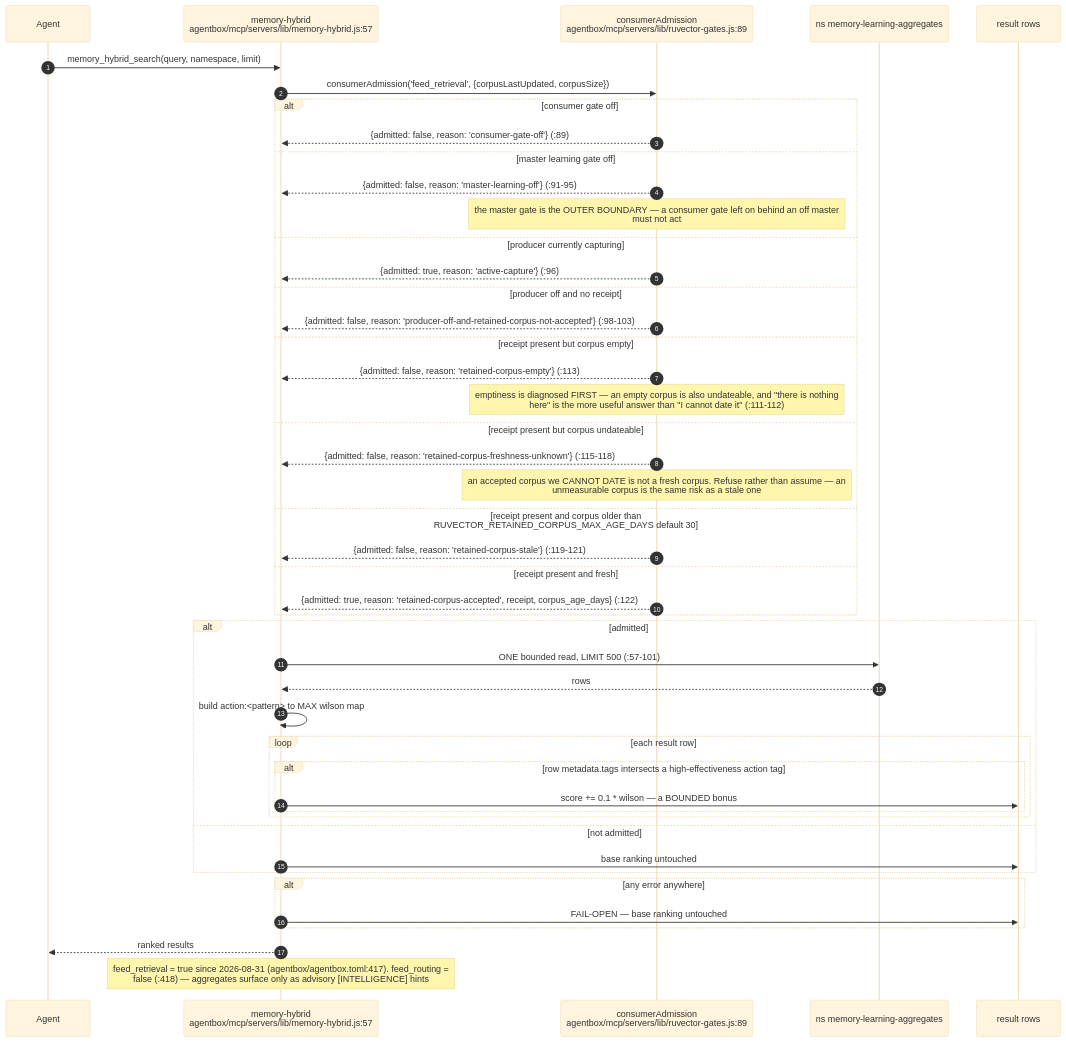
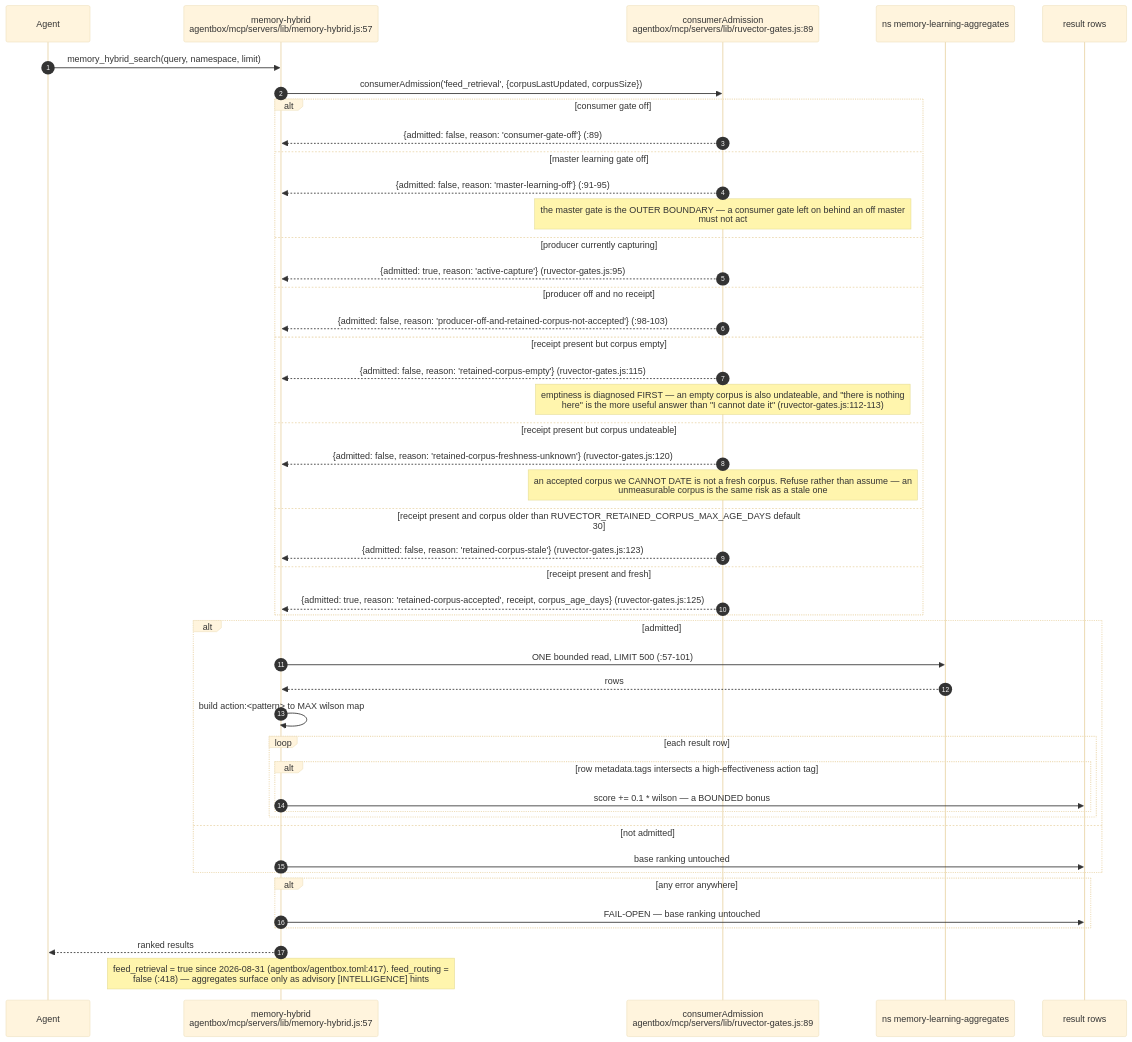
The sixth of 10 diagrams in docs/diagrams/agentbox/21-learning-loop.md (DreamLab-AI/VisionFlow), drawn with Mermaid (base theme) before and after one commit. The commit also changed other lines of this file and 52 other files, not shown here.

First line of the commit message:
docs(diagrams): wave 3 checkpoint — bare line refs resolved, revision-pinned cite-check, VC-05/AB-01..13 re-attested

````diff
--- a/docs/diagrams/agentbox/21-learning-loop.md
+++ b/docs/diagrams/agentbox/21-learning-loop.md
@@ -245,49 +245,49 @@
 ```mermaid
 sequenceDiagram
     autonumber
     participant AG as Agent
     participant HY as memory-hybrid<br/>agentbox/mcp/servers/lib/memory-hybrid.js:57
     participant ADM as consumerAdmission<br/>agentbox/mcp/servers/lib/ruvector-gates.js:89
     participant AGG as ns memory-learning-aggregates
     participant RES as result rows
 
     AG->>HY: memory_hybrid_search(query, namespace, limit)
     HY->>ADM: consumerAdmission('feed_retrieval', {corpusLastUpdated, corpusSize})
     alt consumer gate off
         ADM-->>HY: {admitted: false, reason: 'consumer-gate-off'} (:89)
     else master learning gate off
         ADM-->>HY: {admitted: false, reason: 'master-learning-off'} (:91-95)
         Note over ADM: the master gate is the OUTER BOUNDARY — a consumer gate left on behind an off master<br/>must not act
     else producer currently capturing
-        ADM-->>HY: {admitted: true, reason: 'active-capture'} (:96)
+        ADM-->>HY: {admitted: true, reason: 'active-capture'} (ruvector-gates.js:95)
     else producer off and no receipt
         ADM-->>HY: {admitted: false, reason: 'producer-off-and-retained-corpus-not-accepted'} (:98-103)
     else receipt present but corpus empty
-        ADM-->>HY: {admitted: false, reason: 'retained-corpus-empty'} (:113)
-        Note over ADM: emptiness is diagnosed FIRST — an empty corpus is also undateable, and "there is nothing<br/>here" is the more useful answer than "I cannot date it" (:111-112)
+        ADM-->>HY: {admitted: false, reason: 'retained-corpus-empty'} (ruvector-gates.js:115)
+        Note over ADM: emptiness is diagnosed FIRST — an empty corpus is also undateable, and "there is nothing<br/>here" is the more useful answer than "I cannot date it" (ruvector-gates.js:112-113)
     else receipt present but corpus undateable
-        ADM-->>HY: {admitted: false, reason: 'retained-corpus-freshness-unknown'} (:115-118)
+        ADM-->>HY: {admitted: false, reason: 'retained-corpus-freshness-unknown'} (ruvector-gates.js:120)
         Note over ADM: an accepted corpus we CANNOT DATE is not a fresh corpus. Refuse rather than assume — an<br/>unmeasurable corpus is the same risk as a stale one
     else receipt present and corpus older than RUVECTOR_RETAINED_CORPUS_MAX_AGE_DAYS default 30
-        ADM-->>HY: {admitted: false, reason: 'retained-corpus-stale'} (:119-121)
+        ADM-->>HY: {admitted: false, reason: 'retained-corpus-stale'} (ruvector-gates.js:123)
     else receipt present and fresh
-        ADM-->>HY: {admitted: true, reason: 'retained-corpus-accepted', receipt, corpus_age_days} (:122)
+        ADM-->>HY: {admitted: true, reason: 'retained-corpus-accepted', receipt, corpus_age_days} (ruvector-gates.js:125)
     end
     alt admitted
         HY->>AGG: ONE bounded read, LIMIT 500 (:57-101)
         AGG-->>HY: rows
         HY->>HY: build action:<pattern> to MAX wilson map
         loop each result row
             alt row metadata.tags intersects a high-effectiveness action tag
                 HY->>RES: score += 0.1 * wilson — a BOUNDED bonus
             end
         end
     else not admitted
         HY->>RES: base ranking untouched
     end
     alt any error anywhere
         HY->>RES: FAIL-OPEN — base ranking untouched
     end
     HY-->>AG: ranked results
     Note over HY: feed_retrieval = true since 2026-08-31 (agentbox/agentbox.toml:417). feed_routing =<br/>false (:418) — aggregates surface only as advisory [INTELLIGENCE] hints
 ```
````
